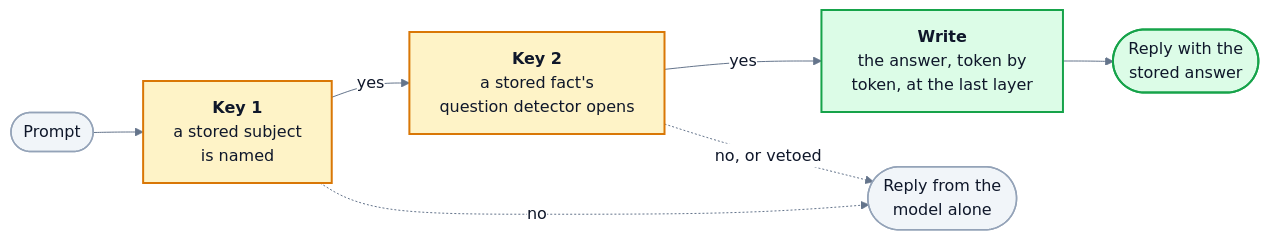
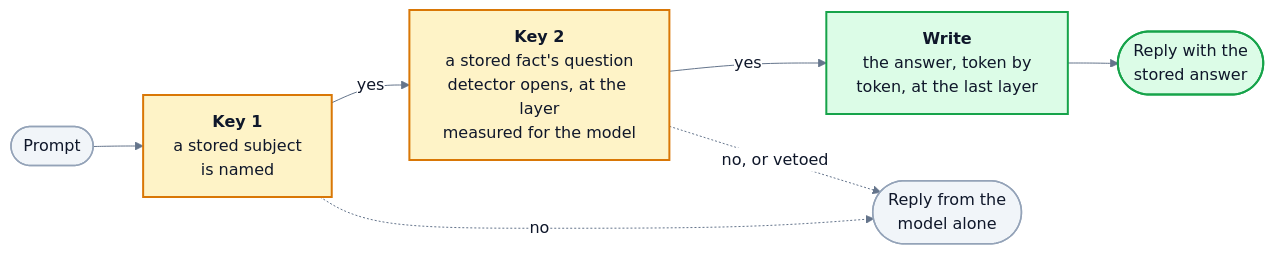
The diagram in README.md (GhoshSrinjoy/CramSchool), drawn with Mermaid before and after one commit. The commit also changed other lines of this file and 16 other files, not shown here.

````diff
--- a/README.md
+++ b/README.md
@@ -134,16 +130,16 @@
 ```mermaid
 %%{init: {"theme": "base", "themeVariables": {"fontSize": "16px", "primaryColor": "#F1F5F9", "primaryTextColor": "#0F172A", "primaryBorderColor": "#94A3B8", "lineColor": "#64748B", "edgeLabelBackground": "#FFFFFF"}}}%%
 flowchart LR
     P(["Prompt"]) --> K1["<b>Key 1</b><br/>a stored subject<br/>is named"]
-    K1 -->|yes| K2["<b>Key 2</b><br/>a stored fact's<br/>question detector opens"]
+    K1 -->|yes| K2["<b>Key 2</b><br/>a stored fact's question<br/>detector opens, at the layer<br/>measured for the model"]
     K2 -->|yes| PU["<b>Write</b><br/>the answer, token by<br/>token, at the last layer"]
     PU --> A(["Reply with the<br/>stored answer"])
     K1 -.->|no| M(["Reply from the<br/>model alone"])
     K2 -.->|"no, or vetoed"| M
     classDef key fill:#FEF3C7,stroke:#D97706,stroke-width:2px,color:#0F172A
     classDef good fill:#DCFCE7,stroke:#16A34A,stroke-width:2px,color:#0F172A
     classDef plain fill:#F1F5F9,stroke:#94A3B8,stroke-width:1.5px,color:#0F172A
     class K1,K2 key
     class PU,A good
     class P,M plain
 ```
````
